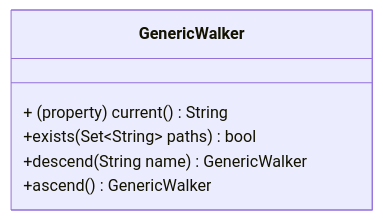
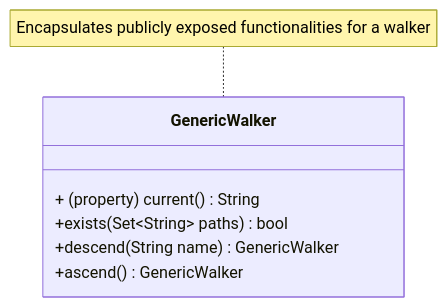
The second of 2 diagrams in internal/PROTOCOLS.md (ufo-kit/concert), drawn with Mermaid before and after one commit. The commit also changed other lines of this file and 3 other files, not shown here.

````diff
--- a/internal/PROTOCOLS.md
+++ b/internal/PROTOCOLS.md
@@ -15,9 +22,11 @@
-    ```mermaid
-    classDiagram
-    class GenericWalker {
-        + (property) current() String
-        +exists(Set~String~ paths) bool
-        +descend(String name) GenericWalker
-        +ascend() GenericWalker
-    }
-    ```
+```mermaid
+classDiagram
+
+class GenericWalker {
+    + (property) current() String
+    +exists(Set~String~ paths) bool
+    +descend(String name) GenericWalker
+    +ascend() GenericWalker
+}
+note for GenericWalker "Encapsulates publicly exposed functionalities for a walker"
+```
````
